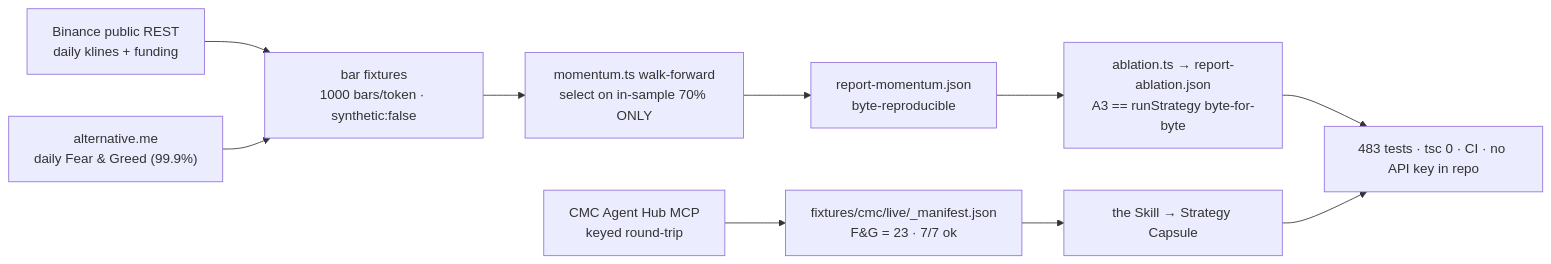
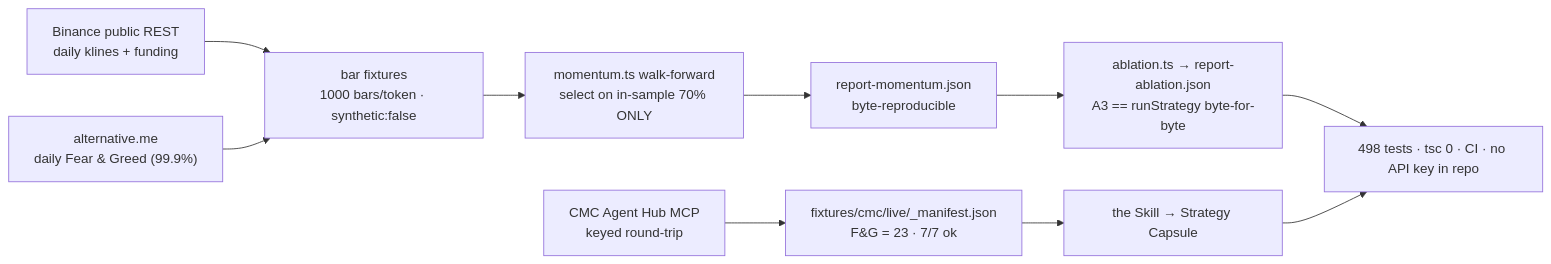
One commit to agdanish/stoic changed the fifth of 5 diagrams in README.md. Above: the diagram before and after it, drawn with Mermaid. The commit also changed other lines of this file and 4 other files, not shown here.

````diff
--- a/README.md
+++ b/README.md
@@ -464,12 +464,12 @@
 ```mermaid
 flowchart LR
     BIN["Binance public REST<br/>daily klines + funding"] --> FX["bar fixtures<br/>1000 bars/token · synthetic:false"]
     ALT["alternative.me<br/>daily Fear & Greed (99.9%)"] --> FX
     FX --> BT["momentum.ts walk-forward<br/>select on in-sample 70% ONLY"]
     BT --> RP["report-momentum.json<br/>byte-reproducible"]
     RP --> AB["ablation.ts → report-ablation.json<br/>A3 == runStrategy byte-for-byte"]
     CMC["CMC Agent Hub MCP<br/>keyed round-trip"] --> CAP["fixtures/cmc/live/_manifest.json<br/>F&amp;G = 23 · 7/7 ok"]
     CAP --> SK["the Skill → Strategy Capsule"]
-    AB --> V["483 tests · tsc 0 · CI · no API key in repo"]
+    AB --> V["498 tests · tsc 0 · CI · no API key in repo"]
     SK --> V
 ```
````
